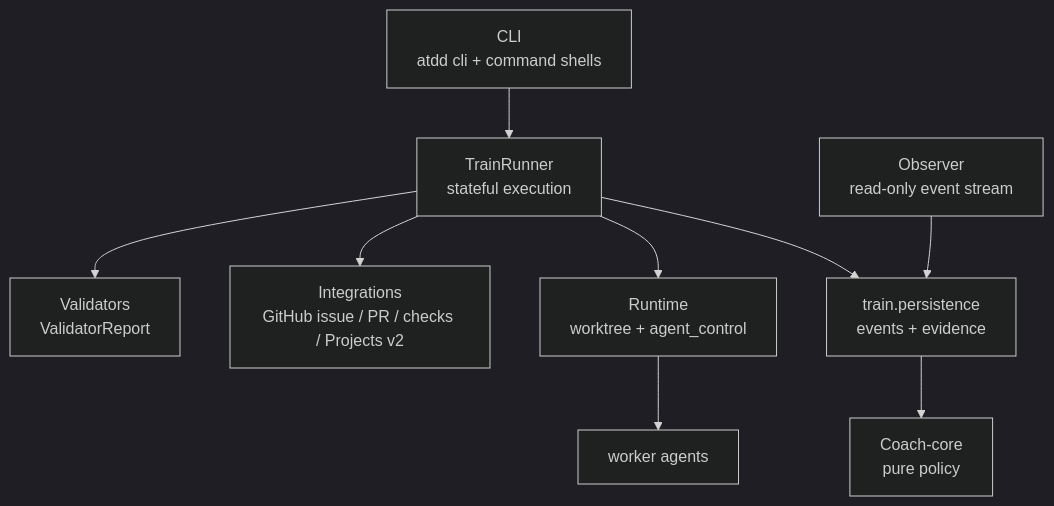
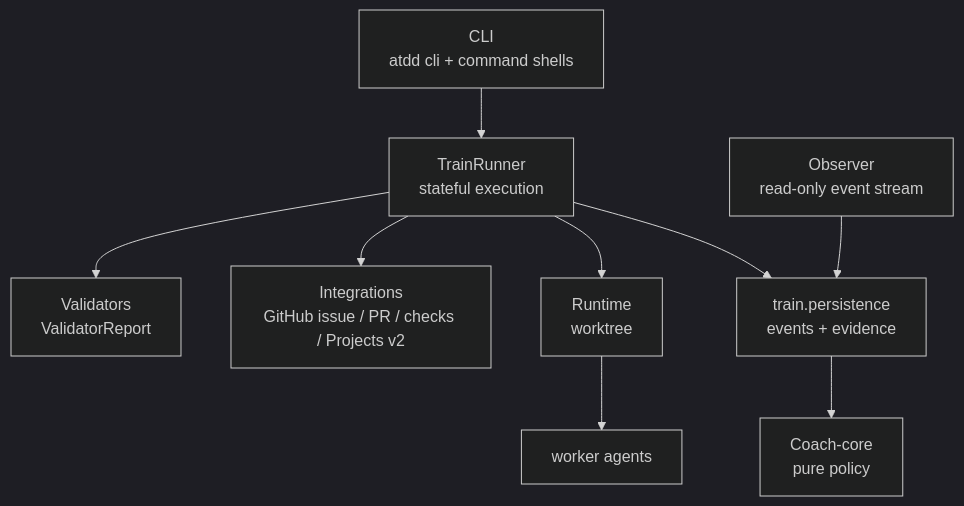
The third of 4 diagrams in README.md (afokapu/atdd), drawn with Mermaid (dark theme) before and after one commit. The commit also changed other lines of this file and 31 other files, not shown here.

````diff
--- a/README.md
+++ b/README.md
@@ -411,11 +411,11 @@
 ```mermaid
 flowchart TB
     CLI[CLI<br/>atdd cli + command shells] --> TR[TrainRunner<br/>stateful execution]
     TR --> PERSIST[train.persistence<br/>events + evidence]
     PERSIST --> CORE[Coach-core<br/>pure policy]
-    TR --> RUNTIME[Runtime<br/>worktree + agent_control]
+    TR --> RUNTIME[Runtime<br/>worktree]
     TR --> GH[Integrations<br/>GitHub issue / PR / checks / Projects v2]
     TR --> VAL[Validators<br/>ValidatorReport]
     OBS[Observer<br/>read-only event stream] --> PERSIST
     RUNTIME --> AGENT[worker agents]
 ```
````
